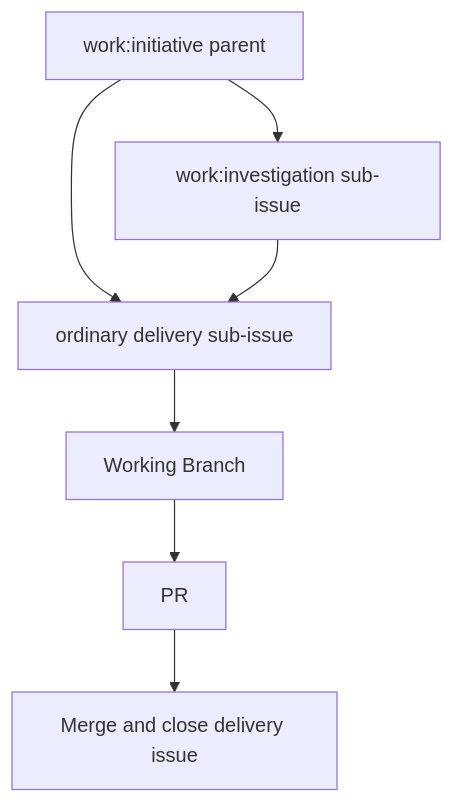
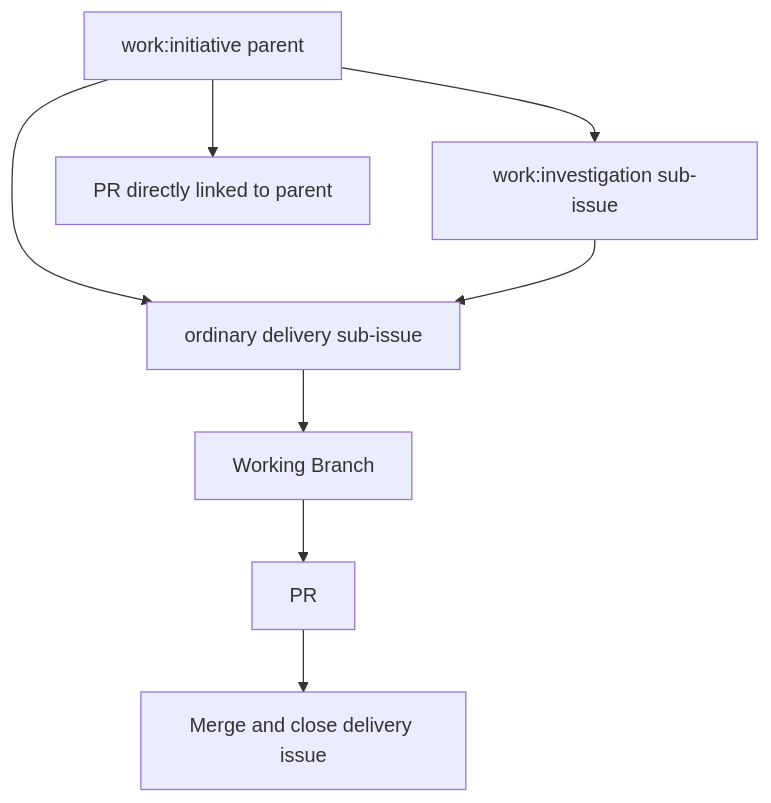
The diagram in docs/skill-design/issue-triage-router-design.md (fangxiao-dev/agent-workbench), drawn with Mermaid before and after one commit. The commit also changed other lines of this file and 1 other file, not shown here.

````diff
--- a/docs/skill-design/issue-triage-router-design.md
+++ b/docs/skill-design/issue-triage-router-design.md
@@ -89,9 +91,10 @@
 ```mermaid
 flowchart TD
   I["work:initiative parent"] --> R["work:investigation sub-issue"]
   I --> D["ordinary delivery sub-issue"]
+  I --> P0["PR directly linked to parent"]
   R --> D
   D --> B["Working Branch"]
   B --> P["PR"]
   P --> C["Merge and close delivery issue"]
 ```
````
